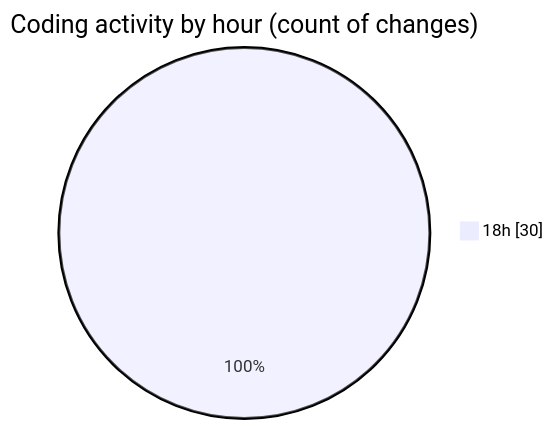
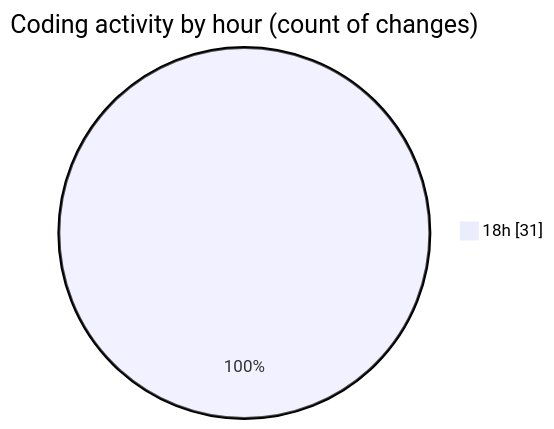
Before and after one commit to donsfak/code-tracking: the second of 2 diagrams in 2025-02-04/maps_clone/README.md, drawn with Mermaid. The commit also changed other lines of this file and 1 other file, not shown here.

````diff
--- a/2025-02-04/maps_clone/README.md
+++ b/2025-02-04/maps_clone/README.md
@@ -41,5 +41,5 @@
 ```mermaid
 pie showData
 title Coding activity by hour (count of changes)
-"18h" : 30
+"18h" : 31
 ```
````
